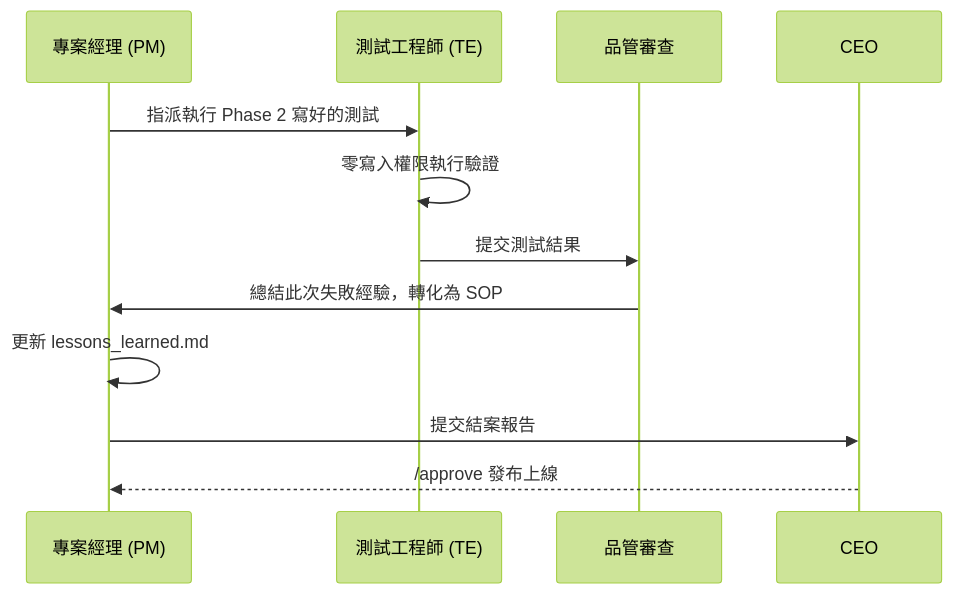
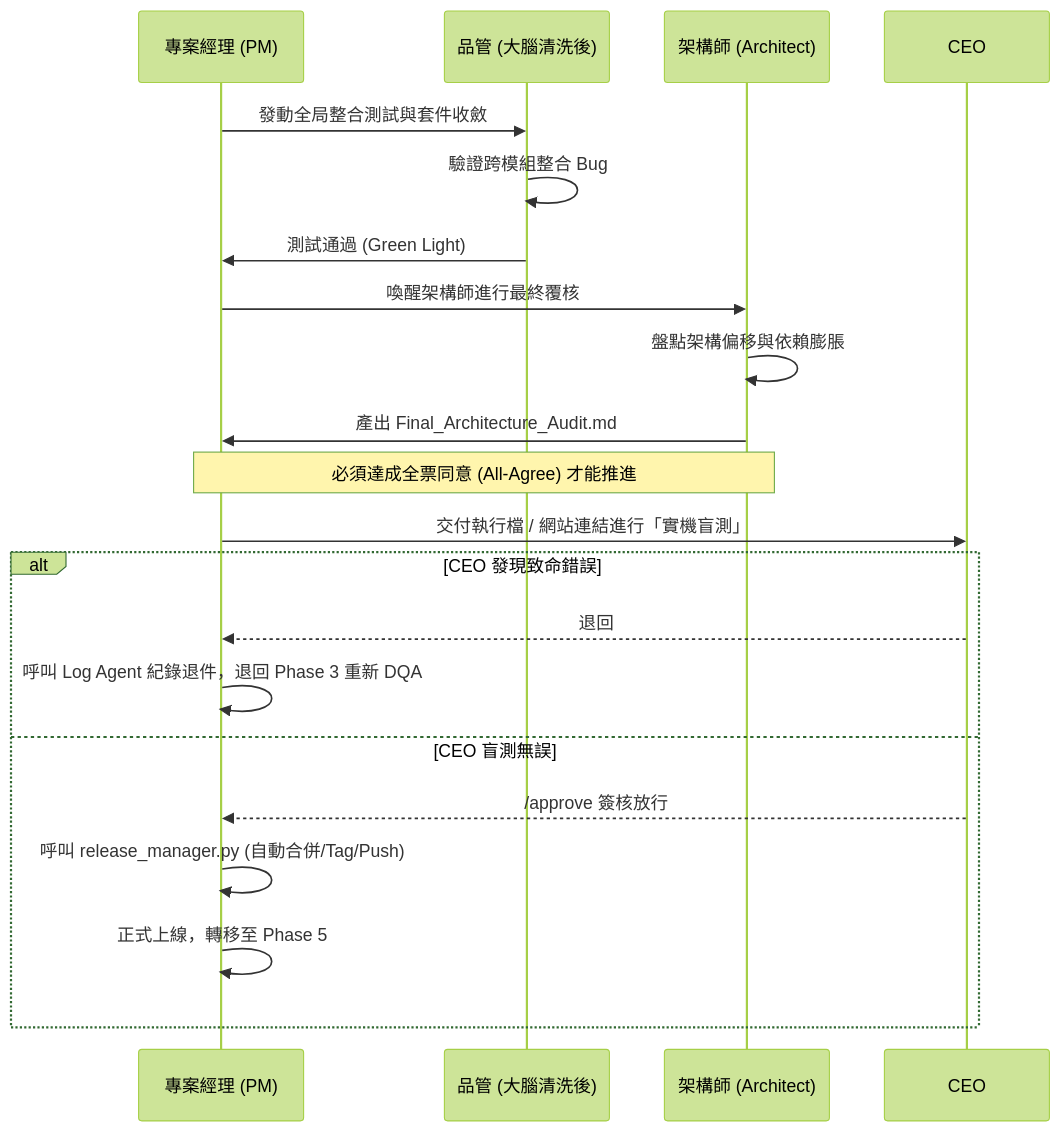
The fifth of 7 diagrams in README.md (vip3310495-Johnny/Johnny-project-team-plugin), drawn with Mermaid (forest theme) before and after one commit. The commit also changed other lines of this file, not shown here.

Commit message:
docs: Fix Phase 3 and Phase 4 flowcharts to reflect accurate logic

````diff
--- a/README.md
+++ b/README.md
@@ -164,14 +184,27 @@
 ```mermaid
 sequenceDiagram
     participant PM as 專案經理 (PM)
-    participant TE as 測試工程師 (TE)
-    participant DQA as 品管審查
+    participant DQA as 品管 (大腦清洗後)
+    participant Arch as 架構師 (Architect)
     participant CEO
-    PM->>TE: 指派執行 Phase 2 寫好的測試
-    TE->>TE: 零寫入權限執行驗證
-    TE->>DQA: 提交測試結果
-    DQA->>PM: 總結此次失敗經驗，轉化為 SOP
-    PM->>PM: 更新 lessons_learned.md
-    PM->>CEO: 提交結案報告
-    CEO-->>PM: /approve 發布上線
+    
+    PM->>DQA: 發動全局整合測試與套件收斂
+    DQA->>DQA: 驗證跨模組整合 Bug
+    DQA->>PM: 測試通過 (Green Light)
+    
+    PM->>Arch: 喚醒架構師進行最終覆核
+    Arch->>Arch: 盤點架構偏移與依賴膨脹
+    Arch->>PM: 產出 Final_Architecture_Audit.md
+    
+    Note over PM,Arch: 必須達成全票同意 (All-Agree) 才能推進
+    
+    PM->>CEO: 交付執行檔 / 網站連結進行「實機盲測」
+    alt CEO 發現致命錯誤
+        CEO-->>PM: 退回
+        PM->>PM: 呼叫 Log Agent 紀錄退件，退回 Phase 3 重新 DQA
+    else CEO 盲測無誤
+        CEO-->>PM: /approve 簽核放行
+        PM->>PM: 呼叫 release_manager.py (自動合併/Tag/Push)
+        PM->>PM: 正式上線，轉移至 Phase 5
+    end
 ```
````
